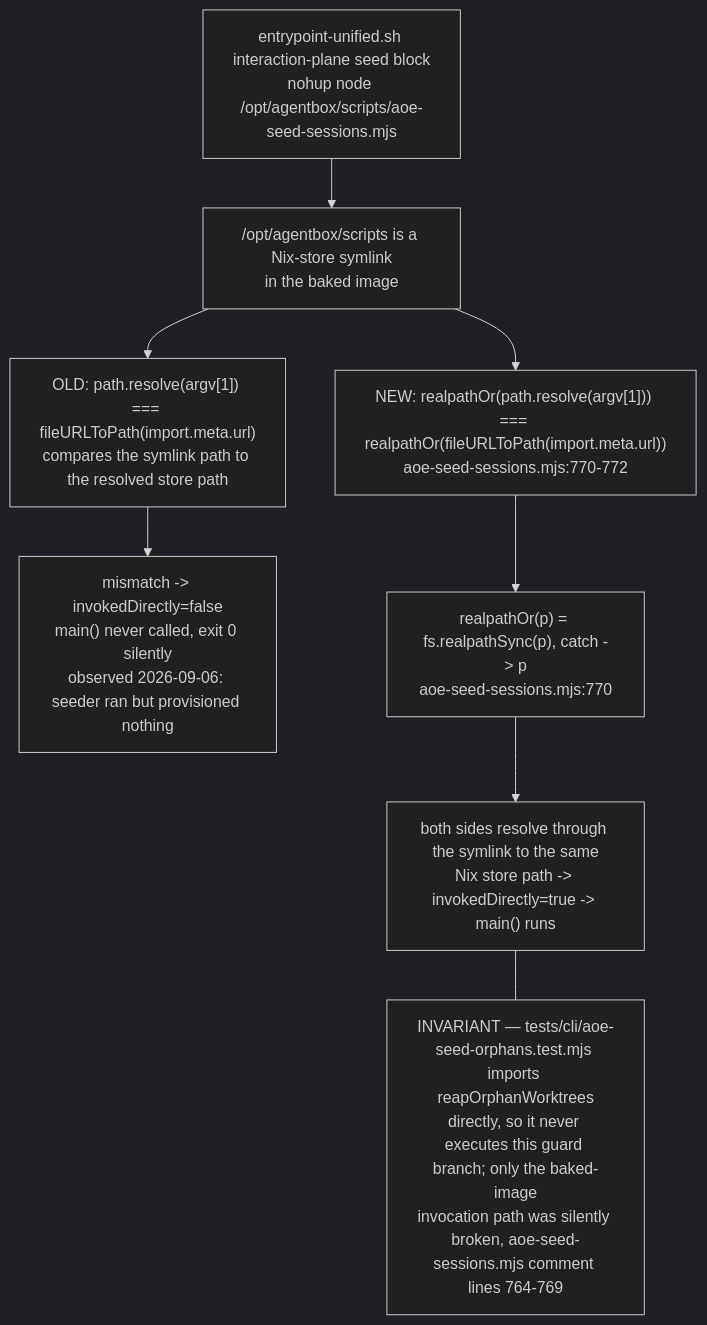
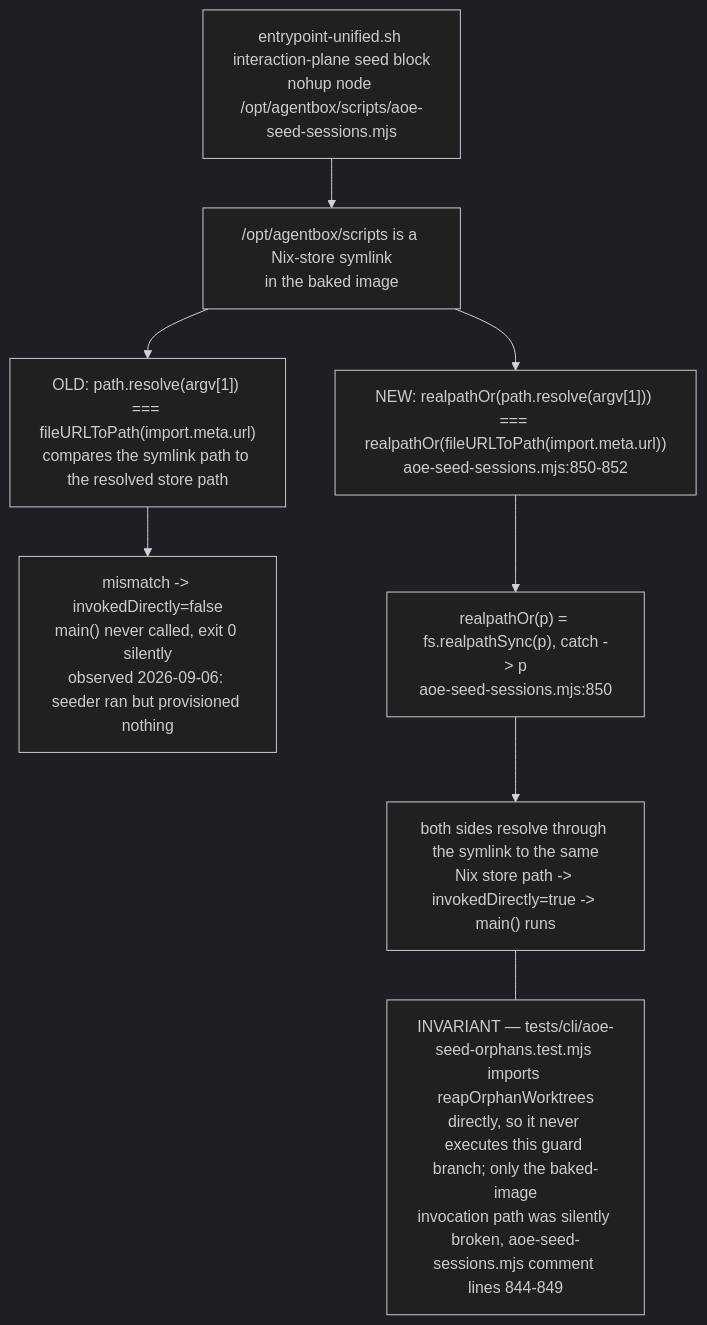
Before and after one commit to DreamLab-AI/VisionFlow: diagram 19 of 23 in docs/diagrams/agentbox/02-boot-sequence-and-readiness.md, drawn with Mermaid (dark theme). The commit also changed other lines of this file and 28 other files, not shown here.

````diff
--- a/docs/diagrams/agentbox/02-boot-sequence-and-readiness.md
+++ b/docs/diagrams/agentbox/02-boot-sequence-and-readiness.md
@@ -600,17 +617,17 @@
 ```mermaid
 flowchart TB
     ENTRY["entrypoint-unified.sh interaction-plane seed block<br/>nohup node /opt/agentbox/scripts/aoe-seed-sessions.mjs"]
     SYMLINK["/opt/agentbox/scripts is a Nix-store symlink<br/>in the baked image"]
     OLDCHECK["OLD: path.resolve(argv[1]) === fileURLToPath(import.meta.url)<br/>compares the symlink path to the resolved store path"]
     OLDRESULT["mismatch -&gt; invokedDirectly=false<br/>main() never called, exit 0 silently<br/>observed 2026-09-06: seeder ran but provisioned nothing"]
-    NEWCHECK["NEW: realpathOr(path.resolve(argv[1])) === realpathOr(fileURLToPath(import.meta.url))<br/>aoe-seed-sessions.mjs:770-772"]
-    REALPATHOR["realpathOr(p) = fs.realpathSync(p), catch -&gt; p<br/>aoe-seed-sessions.mjs:770"]
+    NEWCHECK["NEW: realpathOr(path.resolve(argv[1])) === realpathOr(fileURLToPath(import.meta.url))<br/>aoe-seed-sessions.mjs:850-852"]
+    REALPATHOR["realpathOr(p) = fs.realpathSync(p), catch -&gt; p<br/>aoe-seed-sessions.mjs:850"]
     NEWRESULT["both sides resolve through the symlink to the same<br/>Nix store path -&gt; invokedDirectly=true -&gt; main() runs"]
 
     ENTRY --> SYMLINK --> OLDCHECK --> OLDRESULT
     SYMLINK --> NEWCHECK
     NEWCHECK --> REALPATHOR --> NEWRESULT
 
-    NOTE1["INVARIANT — tests/cli/aoe-seed-orphans.test.mjs imports reapOrphanWorktrees<br/>directly, so it never executes this guard branch; only the baked-image<br/>invocation path was silently broken, aoe-seed-sessions.mjs comment lines 764-769"]
+    NOTE1["INVARIANT — tests/cli/aoe-seed-orphans.test.mjs imports reapOrphanWorktrees<br/>directly, so it never executes this guard branch; only the baked-image<br/>invocation path was silently broken, aoe-seed-sessions.mjs comment lines 844-849"]
     NEWRESULT --- NOTE1
 ```
````
